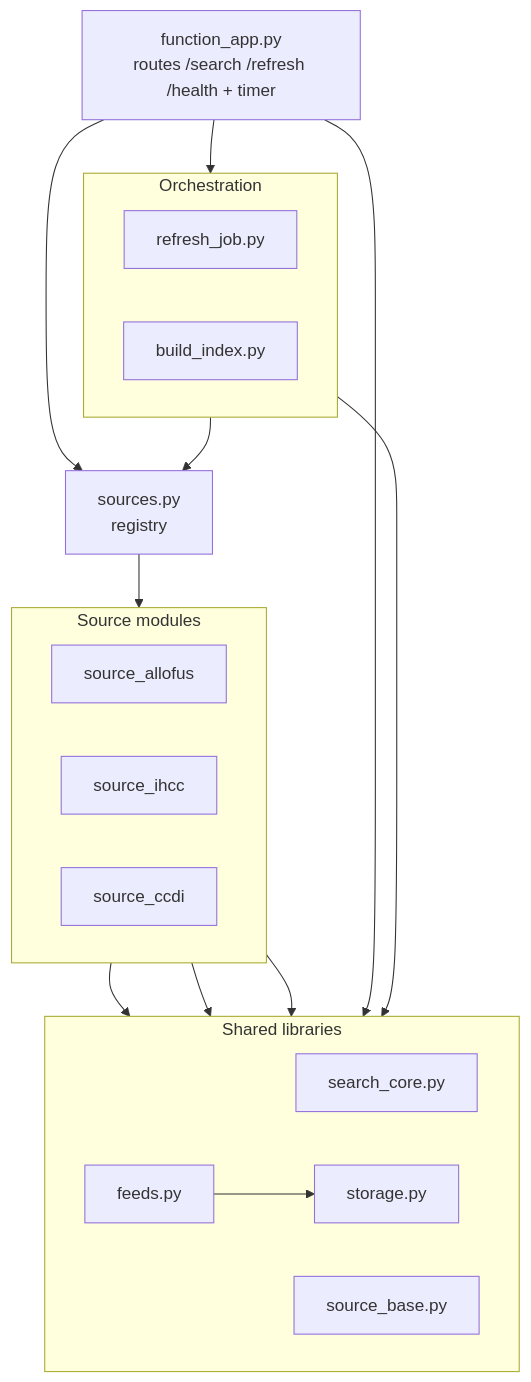
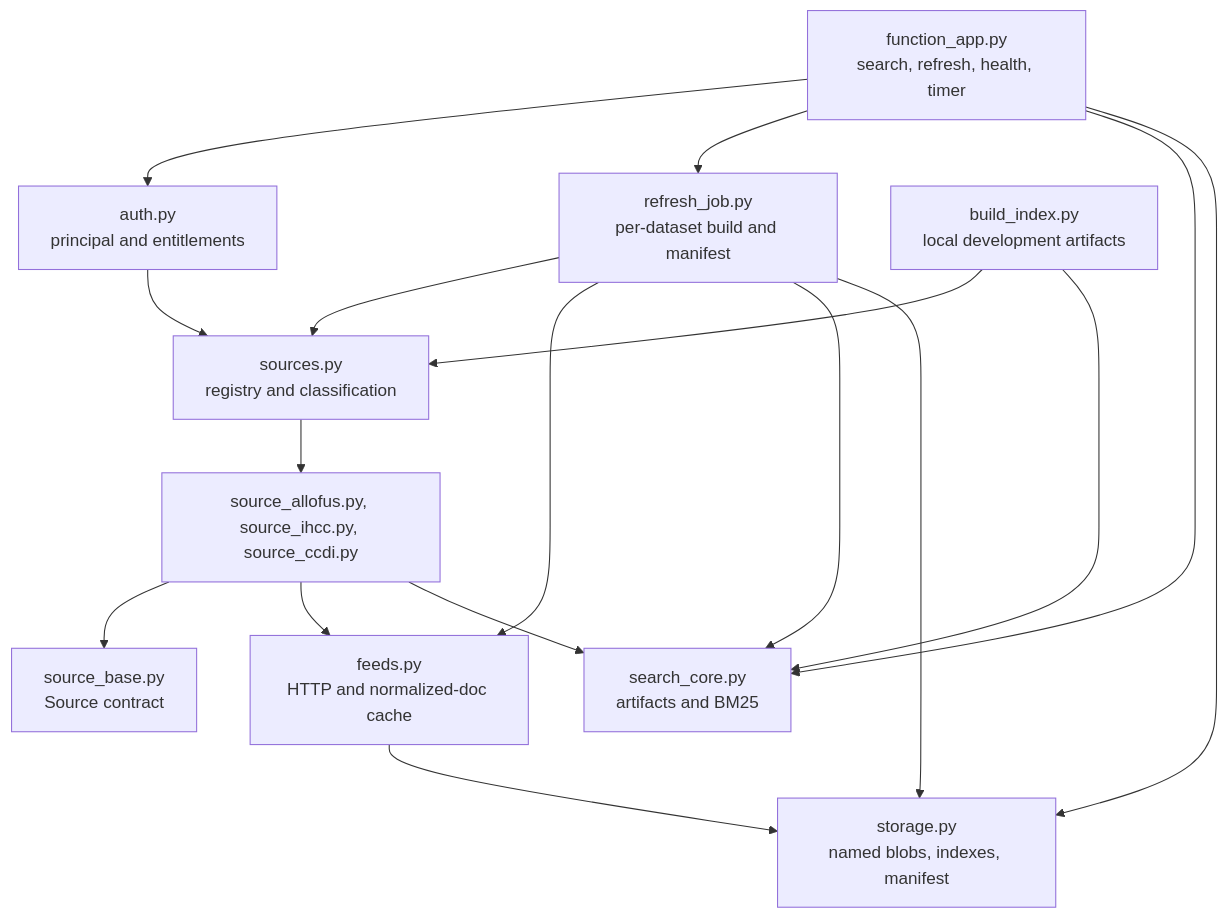
One commit to SteveCInVA/AllofUs-Agent changed the second of 5 diagrams in docs/architecture.md. Above: the diagram before and after it, drawn with Mermaid. The commit also changed other lines of this file and 16 other files, not shown here.

````diff
--- a/docs/architecture.md
+++ b/docs/architecture.md
@@ -47,40 +49,29 @@
 ```mermaid
 flowchart TB
-    FA["function_app.py<br/>routes /search /refresh /health + timer"]
-
-    subgraph ORCH["Orchestration"]
-      direction LR
-      RJ["refresh_job.py"]
-      BI["build_index.py"]
-    end
-
-    REG["sources.py<br/>registry"]
-
-    subgraph SRCMODS["Source modules"]
-      direction LR
-      SA["source_allofus"]
-      SI["source_ihcc"]
-      SD["source_ccdi"]
-    end
-
-    subgraph SHARED["Shared libraries"]
-      direction LR
-      SC["search_core.py"]
-      FEED["feeds.py"]
-      ST["storage.py"]
-      SB["source_base.py"]
-    end
-
-    FA --> ORCH
-    FA --> REG
+    FA["function_app.py<br/>search, refresh, health, timer"]
+    AUTH["auth.py<br/>principal and entitlements"]
+    RJ["refresh_job.py<br/>per-dataset build and manifest"]
+    BI["build_index.py<br/>local development artifacts"]
+    REG["sources.py<br/>registry and classification"]
+    SRC["source_allofus.py, source_ihcc.py, source_ccdi.py"]
+    SB["source_base.py<br/>Source contract"]
+    FEED["feeds.py<br/>HTTP and normalized-doc cache"]
+    SC["search_core.py<br/>artifacts and BM25"]
+    ST["storage.py<br/>named blobs, indexes, manifest"]
+    FA --> AUTH
+    FA --> RJ
+    FA --> SC
+    FA --> ST
+    AUTH --> REG
     RJ --> REG
-    REG --> SRCMODS
-
-    SRCMODS --> SB
-    SRCMODS --> FEED
-    SRCMODS --> SC
-
-    ORCH --> SHARED
-    FA --> SHARED
+    RJ --> FEED
+    RJ --> SC
+    RJ --> ST
+    BI --> REG
+    BI --> SC
+    REG --> SRC
+    SRC --> SB
+    SRC --> FEED
+    SRC --> SC
     FEED --> ST
 ```
````
